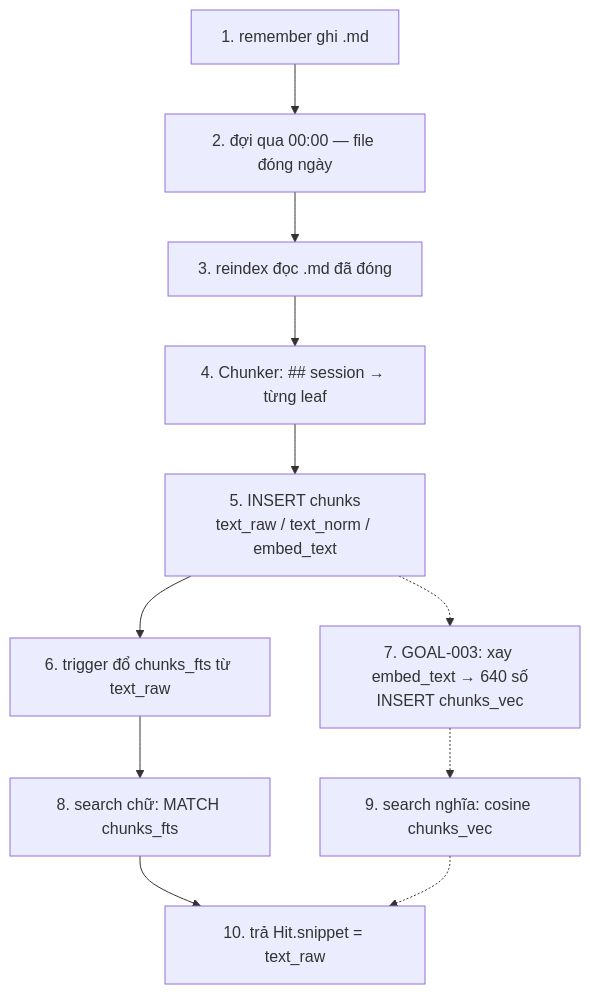
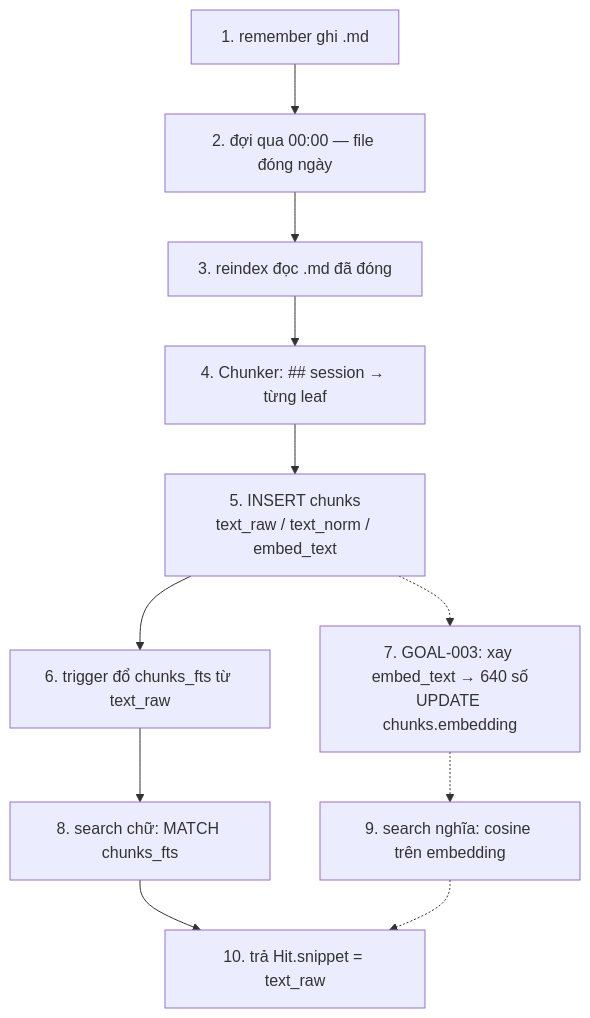
One commit to Flowerf19/thyca-ai changed the diagram in thyca/memory/README.md. Above: the diagram before and after it, drawn with Mermaid. The commit also changed other lines of this file and 4 other files, not shown here.

````diff
--- a/thyca/memory/README.md
+++ b/thyca/memory/README.md
@@ -31,15 +31,15 @@
 ```mermaid
 flowchart TD
   S1["1. remember ghi .md"] --> S2["2. đợi qua 00:00 — file đóng ngày"]
   S2 --> S3["3. reindex đọc .md đã đóng"]
   S3 --> S4["4. Chunker: ## session → từng leaf"]
   S4 --> S5["5. INSERT chunks
 text_raw / text_norm / embed_text"]
   S5 --> S6["6. trigger đổ chunks_fts từ text_raw"]
   S5 -.-> S7["7. GOAL-003: xay embed_text → 640 số
-INSERT chunks_vec"]
+UPDATE chunks.embedding"]
   S6 --> S8["8. search chữ: MATCH chunks_fts"]
-  S7 -.-> S9["9. search nghĩa: cosine chunks_vec"]
+  S7 -.-> S9["9. search nghĩa: cosine trên embedding"]
   S8 --> S10["10. trả Hit.snippet = text_raw"]
   S9 -.-> S10
 ```
````
